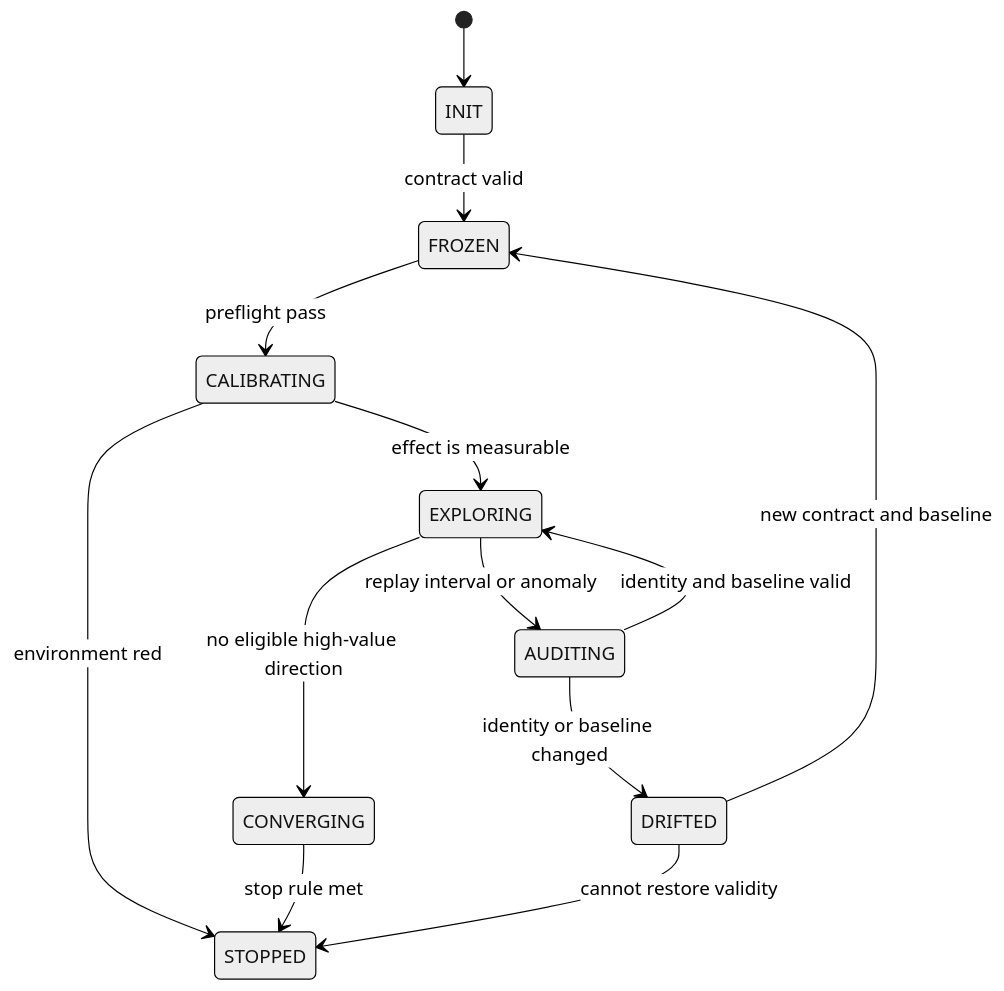
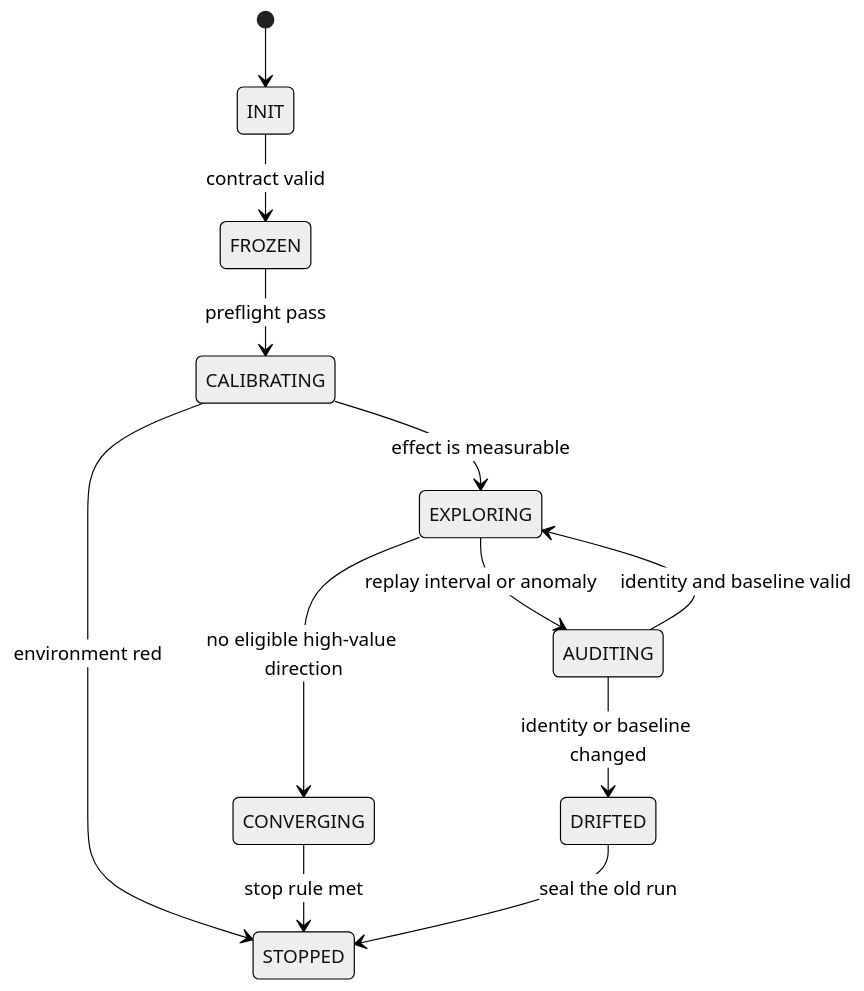
One commit to troycheng/cuda-optimized-skill changed the second of 2 diagrams in maintainers/v3/architecture.md. Above: the diagram before and after it, drawn with Mermaid (neutral theme). The commit also changed other lines of this file and 14 other files, not shown here.

````diff
--- a/maintainers/v3/architecture.md
+++ b/maintainers/v3/architecture.md
@@ -85,15 +85,14 @@
 ```mermaid
 stateDiagram-v2
     [*] --> INIT
     INIT --> FROZEN: contract valid
     FROZEN --> CALIBRATING: preflight pass
     CALIBRATING --> EXPLORING: effect is measurable
     CALIBRATING --> STOPPED: environment red
     EXPLORING --> AUDITING: replay interval or anomaly
     AUDITING --> EXPLORING: identity and baseline valid
     AUDITING --> DRIFTED: identity or baseline changed
     EXPLORING --> CONVERGING: no eligible high-value direction
     CONVERGING --> STOPPED: stop rule met
-    DRIFTED --> FROZEN: new contract and baseline
-    DRIFTED --> STOPPED: cannot restore validity
+    DRIFTED --> STOPPED: seal the old run
 ```
````
